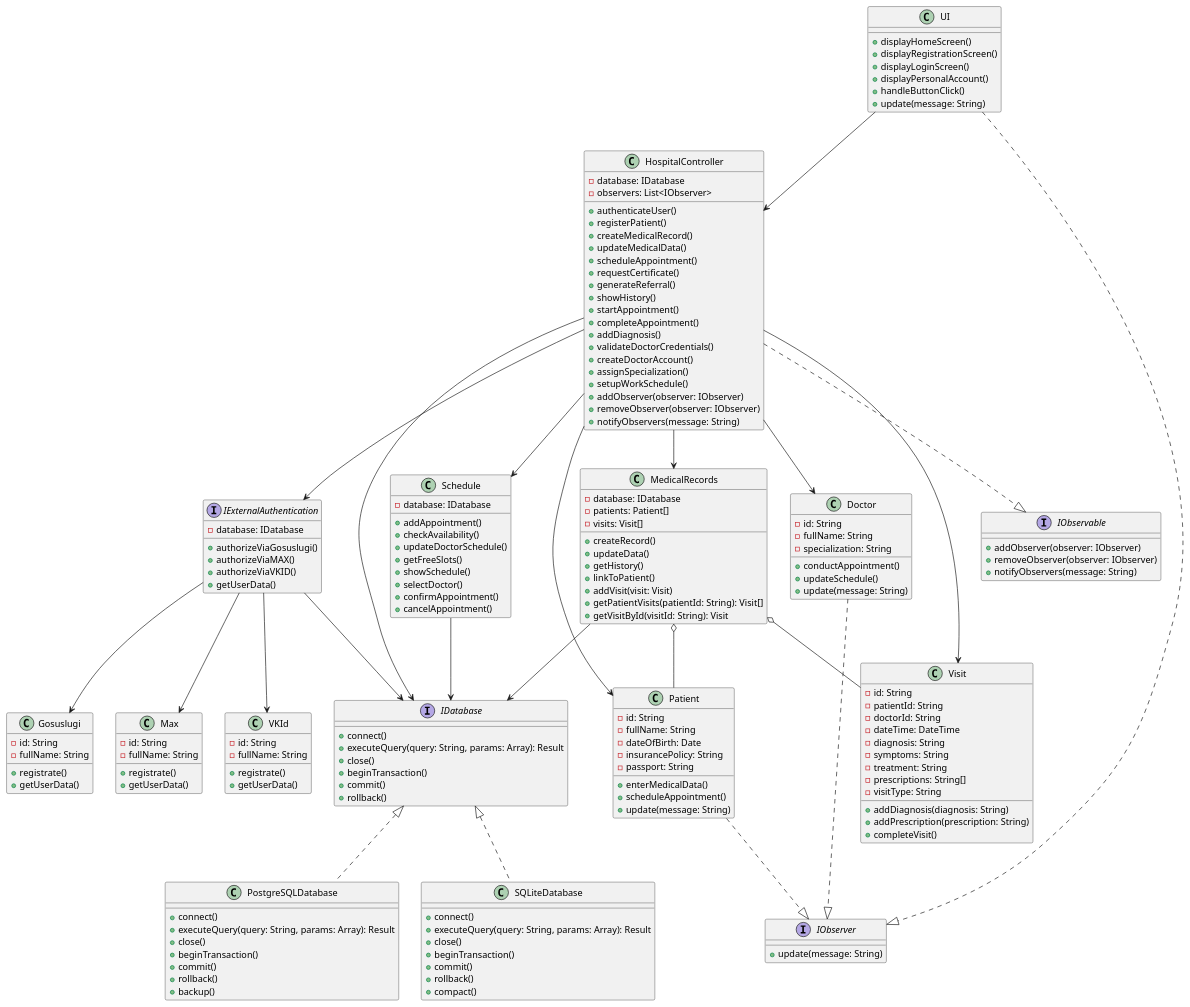
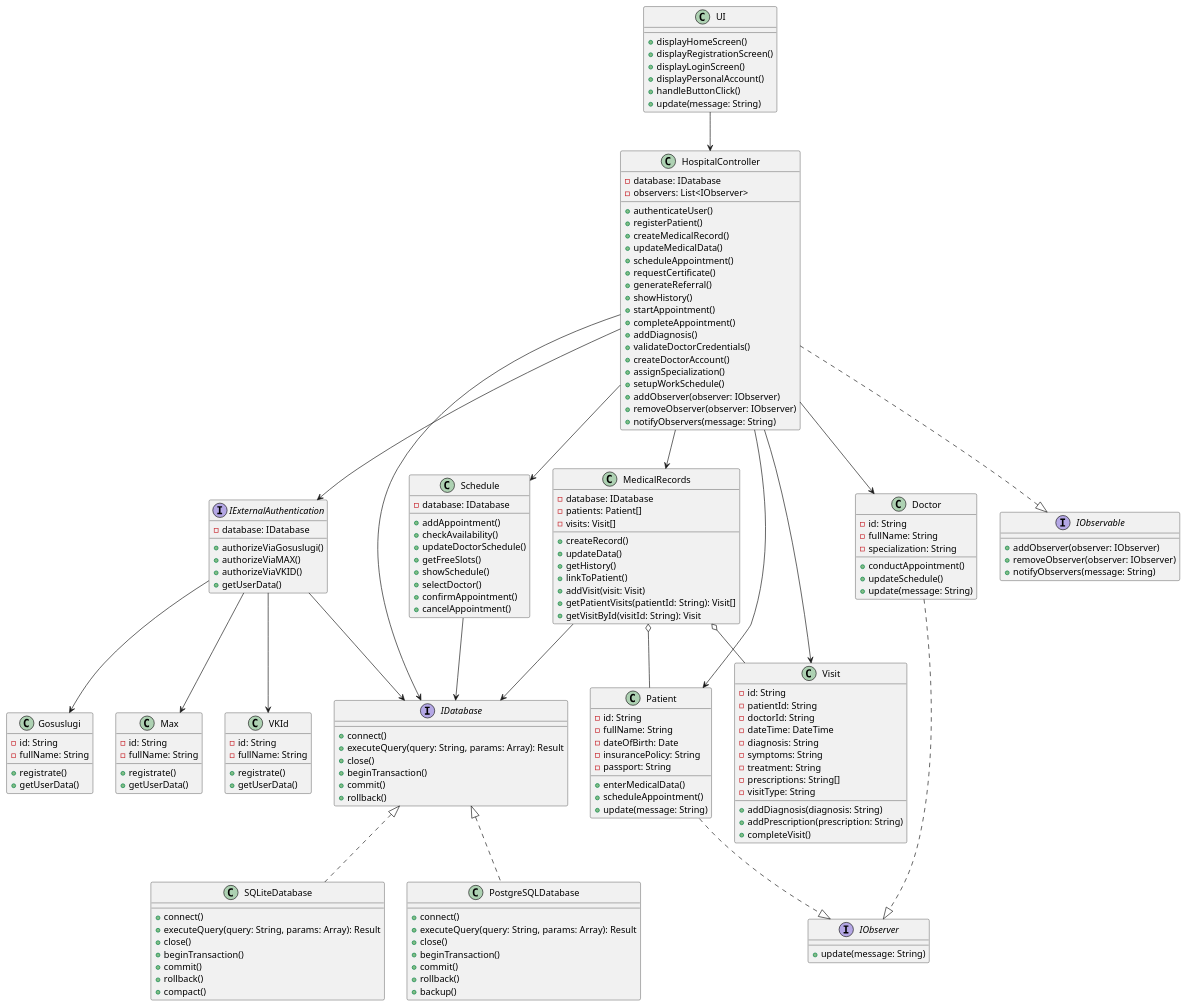
The diagram in ClassDiagram.md (penamarth/bsbo-02-23_team5_var3_clinic), drawn with PlantUML before and after one commit.

```diff
--- a/ClassDiagram.md
+++ b/ClassDiagram.md
@@ -171,7 +171,6 @@
 MedicalRecords o-- Visit 
 
 HospitalController ..|> IObservable
-UI ..|> IObserver
 Patient ..|> IObserver
 Doctor ..|> IObserver
 
```
